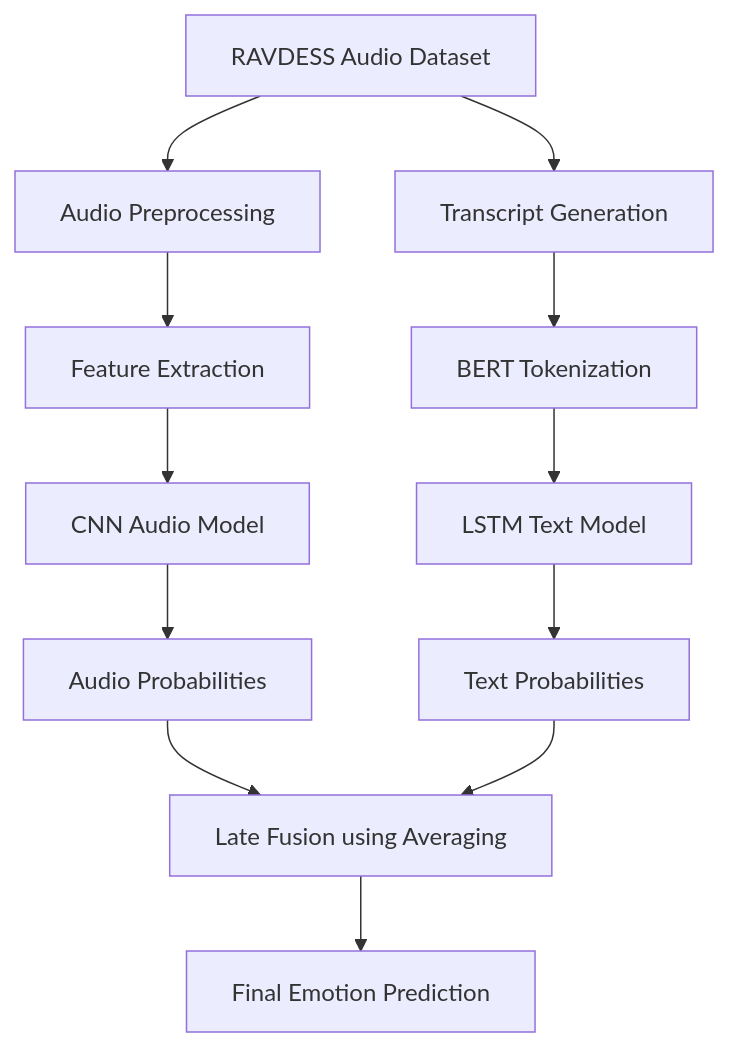
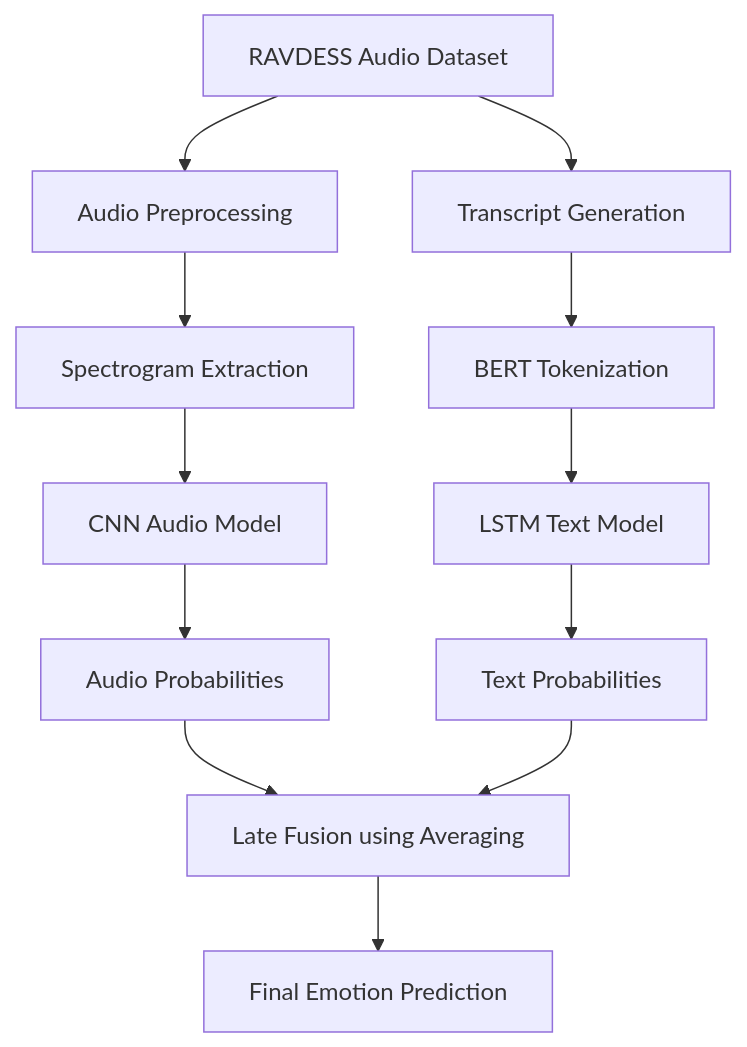
The diagram in epochtask4/multimodalemotionReport.md (ALav765/EpochTask1), drawn with Mermaid before and after one commit. The commit also changed other lines of this file, not shown here.

````diff
--- a/epochtask4/multimodalemotionReport.md
+++ b/epochtask4/multimodalemotionReport.md
@@ -32,19 +32,19 @@
 ```mermaid
 flowchart TD
     A[RAVDESS Audio Dataset] --> B[Audio Preprocessing]
     A --> C[Transcript Generation]
 
-    B --> D[Feature Extraction]
+    B --> D[Spectrogram Extraction]
     D --> E[CNN Audio Model]
 
     C --> F[BERT Tokenization]
     F --> G[LSTM Text Model]
 
     E --> H[Audio Probabilities]
     G --> I[Text Probabilities]
 
     H --> J[Late Fusion using Averaging]
     I --> J
 
     J --> K[Final Emotion Prediction]
 ```
````
